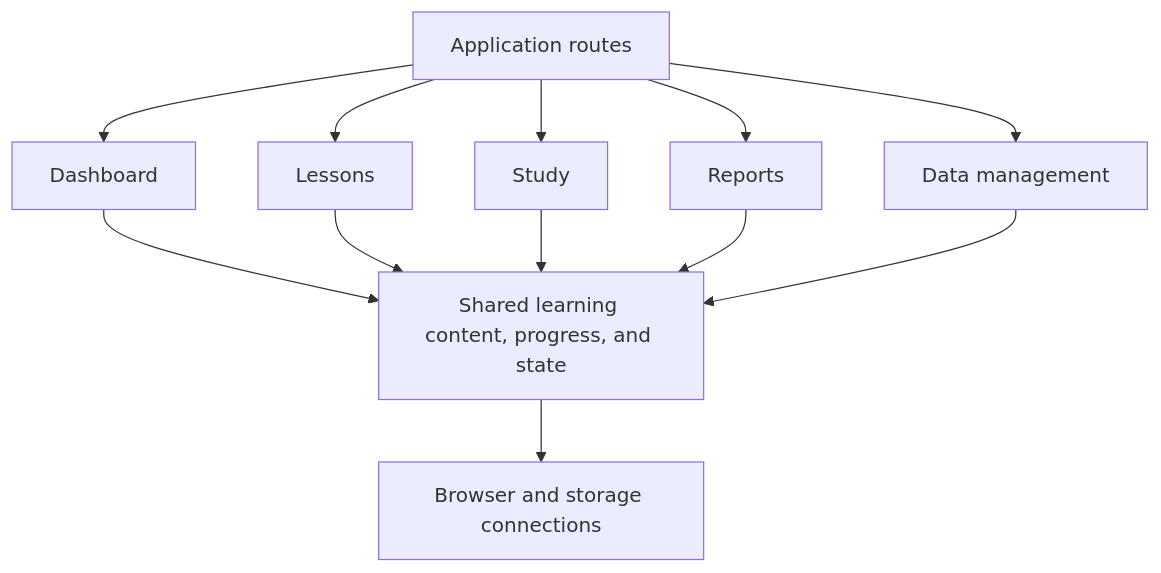
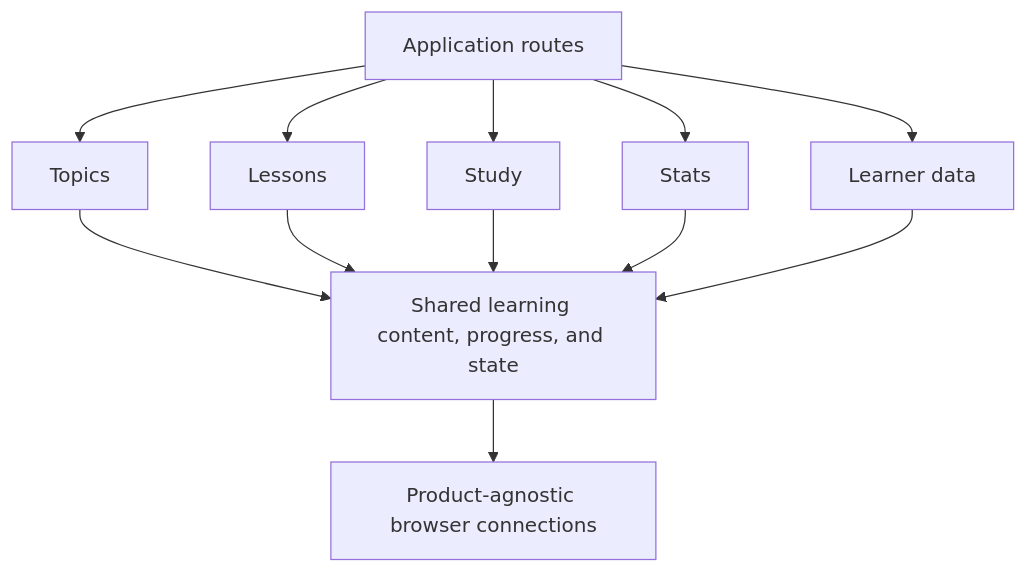
The third of 5 diagrams in README.md (KhosroPakmanesh/sisu-steps), drawn with Mermaid before and after one commit. The commit also changed other lines of this file and 174 other files, not shown here.

````diff
--- a/README.md
+++ b/README.md
@@ -85,17 +85,17 @@
 ```mermaid
 flowchart TB
   Routes["Application routes"]
-  Routes --> Dashboard["Dashboard"]
+  Routes --> Topics["Topics"]
   Routes --> Lessons["Lessons"]
   Routes --> Study["Study"]
-  Routes --> Reports["Reports"]
-  Routes --> Data["Data management"]
+  Routes --> Stats["Stats"]
+  Routes --> Data["Learner data"]
 
-  Dashboard --> Shared["Shared learning content, progress, and state"]
+  Topics --> Shared["Shared learning content, progress, and state"]
   Lessons --> Shared
   Study --> Shared
-  Reports --> Shared
+  Stats --> Shared
   Data --> Shared
 
-  Shared --> Browser["Browser and storage connections"]
+  Shared --> Browser["Product-agnostic browser connections"]
 ```
````
